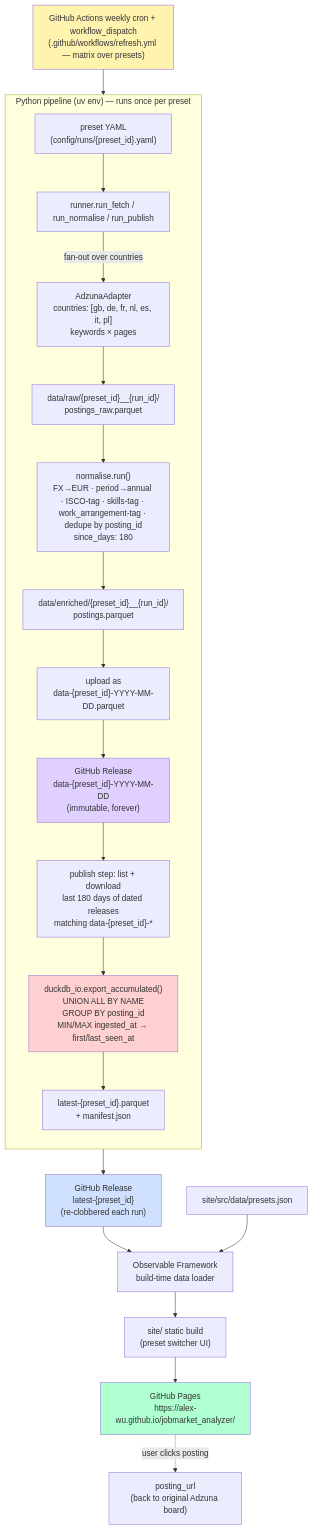
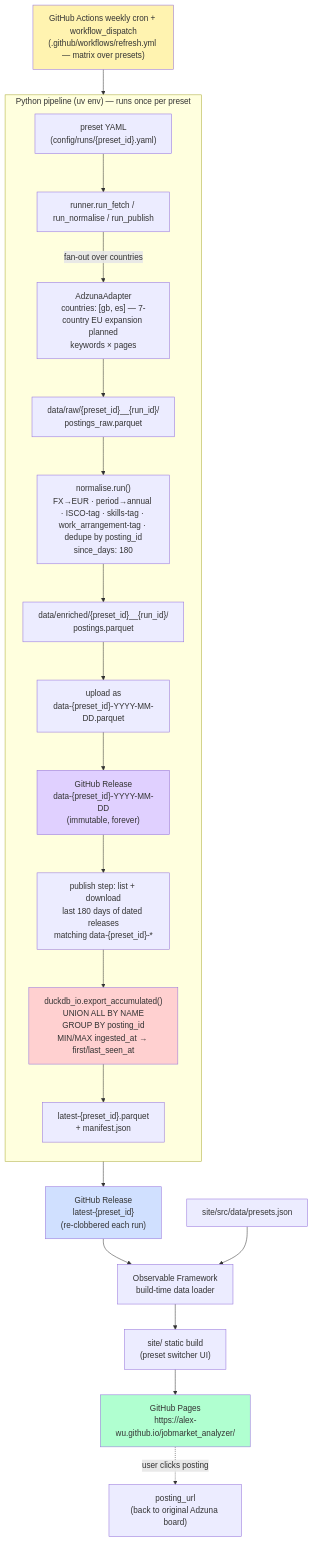
One commit to alex-wu/jobmarket_analyzer changed the diagram in docs/architecture.md. Above: the diagram before and after it, drawn with Mermaid. The commit also changed other lines of this file and 11 other files, not shown here.

````diff
--- a/docs/architecture.md
+++ b/docs/architecture.md
@@ -7,31 +7,31 @@
 ```mermaid
 flowchart TD
     cron["GitHub Actions weekly cron + workflow_dispatch<br/>(.github/workflows/refresh.yml — matrix over presets)"] --> runner
 
     subgraph pipeline["Python pipeline (uv env) — runs once per preset"]
         direction TB
         preset["preset YAML<br/>(config/runs/{preset_id}.yaml)"] --> runner["runner.run_fetch / run_normalise / run_publish"]
-        runner -->|fan-out over countries| adzuna["AdzunaAdapter<br/>countries: [gb, de, fr, nl, es, it, pl]<br/>keywords × pages"]
+        runner -->|fan-out over countries| adzuna["AdzunaAdapter<br/>countries: [gb, es] — 7-country EU expansion planned<br/>keywords × pages"]
         adzuna --> raw["data/raw/{preset_id}__{run_id}/<br/>postings_raw.parquet"]
         raw --> normalise["normalise.run()<br/>FX→EUR · period→annual · ISCO-tag · skills-tag · work_arrangement-tag · dedupe by posting_id<br/>since_days: 180"]
         normalise --> enriched["data/enriched/{preset_id}__{run_id}/<br/>postings.parquet"]
         enriched --> archive_upload["upload as<br/>data-{preset_id}-YYYY-MM-DD.parquet"]
         archive_upload --> dated_release["GitHub Release<br/>data-{preset_id}-YYYY-MM-DD<br/>(immutable, forever)"]
         dated_release --> accum_download["publish step: list + download<br/>last 180 days of dated releases<br/>matching data-{preset_id}-*"]
         accum_download --> accumulate["duckdb_io.export_accumulated()<br/>UNION ALL BY NAME<br/>GROUP BY posting_id<br/>MIN/MAX ingested_at → first/last_seen_at"]
         accumulate --> latest_artifact["latest-{preset_id}.parquet<br/>+ manifest.json"]
     end
 
     latest_artifact --> latest_release["GitHub Release<br/>latest-{preset_id}<br/>(re-clobbered each run)"]
     latest_release --> loader["Observable Framework<br/>build-time data loader"]
     presets_manifest["site/src/data/presets.json"] --> loader
     loader --> site["site/ static build<br/>(preset switcher UI)"]
     site --> pages["GitHub Pages<br/>https://alex-wu.github.io/jobmarket_analyzer/"]
     pages -.->|user clicks posting| source_url["posting_url<br/>(back to original Adzuna board)"]
 
     style cron fill:#fff3b0
     style pages fill:#b0ffd0
     style latest_release fill:#d0e0ff
     style dated_release fill:#e0d0ff
     style accumulate fill:#ffd0d0
 ```
````
